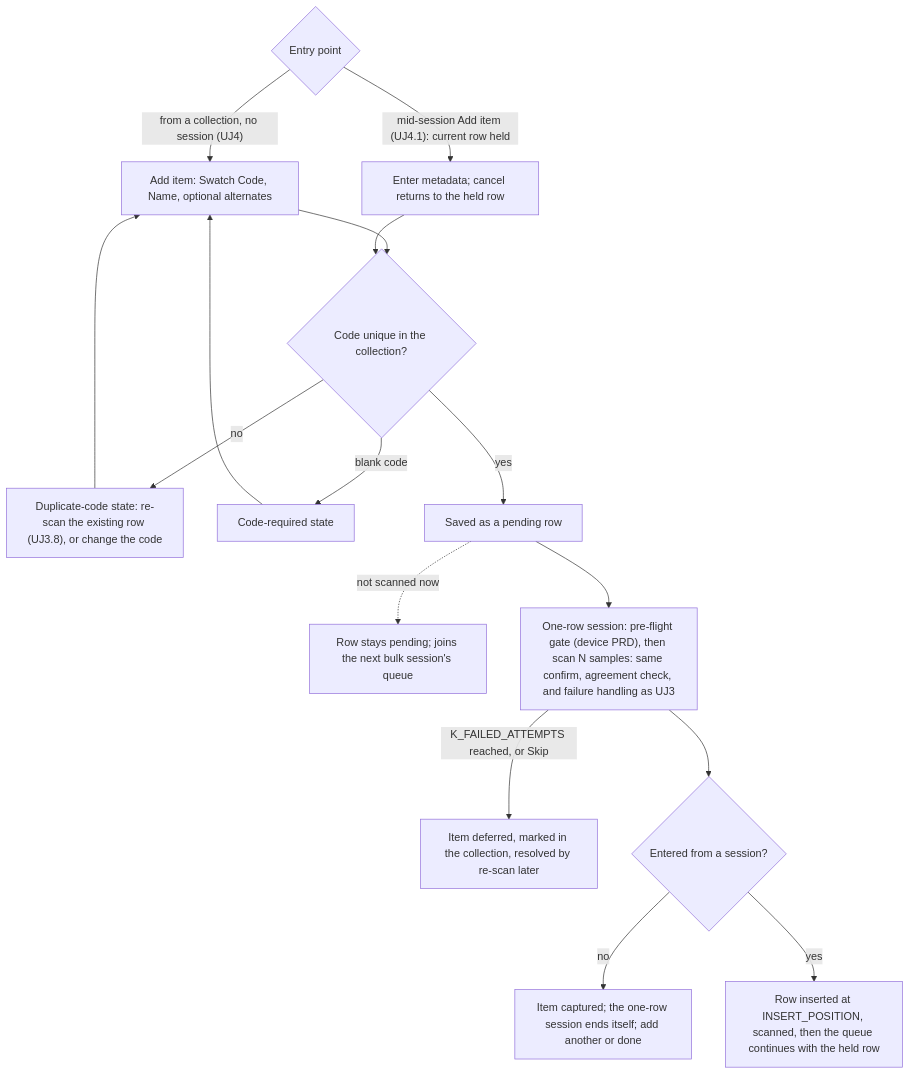
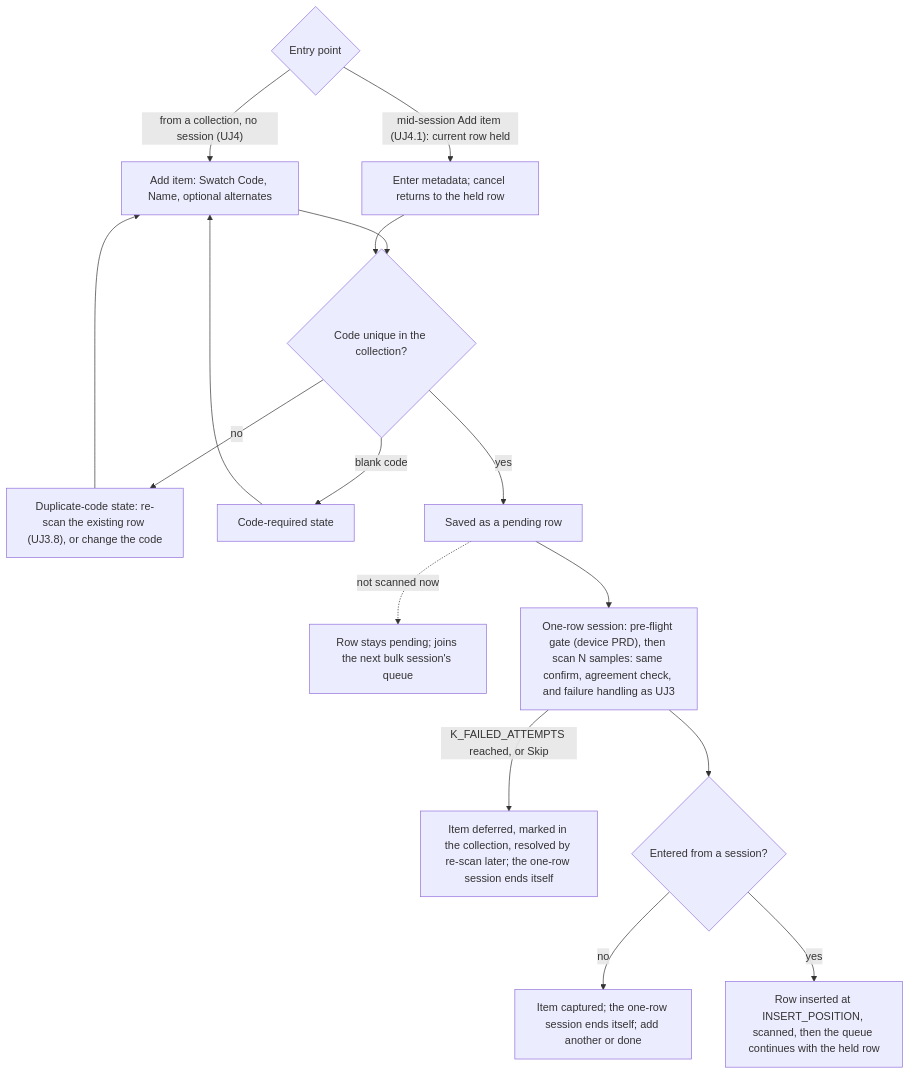
The sixth of 6 diagrams in docs/product/prd-capture-mode.md (vinnyp/spectro-capture), drawn with Mermaid before and after one commit. The commit also changed other lines of this file and 3 other files, not shown here.

````diff
--- a/docs/product/prd-capture-mode.md
+++ b/docs/product/prd-capture-mode.md
@@ -513,18 +529,18 @@
 ```mermaid
 flowchart TD
     A{Entry point} -- "from a collection, no session (UJ4)" --> B["Add item: Swatch Code, Name, optional alternates"]
     A -- "mid-session Add item (UJ4.1): current row held" --> B2["Enter metadata; cancel returns to the held row"]
     B --> C{Code unique in the collection?}
     B2 --> C
     C -- no --> C1["Duplicate-code state: re-scan the existing row (UJ3.8), or change the code"]
     C1 --> B
     C -- "blank code" --> C2["Code-required state"]
     C2 --> B
     C -- yes --> D["Saved as a pending row"]
     D -. "not scanned now" .-> D1["Row stays pending; joins the next bulk session's queue"]
     D --> E["One-row session: pre-flight gate (device PRD), then scan N samples: same confirm, agreement check, and failure handling as UJ3"]
-    E -- "K_FAILED_ATTEMPTS reached, or Skip" --> E1["Item deferred, marked in the collection, resolved by re-scan later"]
+    E -- "K_FAILED_ATTEMPTS reached, or Skip" --> E1["Item deferred, marked in the collection, resolved by re-scan later; the one-row session ends itself"]
     E --> F{Entered from a session?}
     F -- no --> G["Item captured; the one-row session ends itself; add another or done"]
     F -- yes --> H["Row inserted at INSERT_POSITION, scanned, then the queue continues with the held row"]
 ```
````
